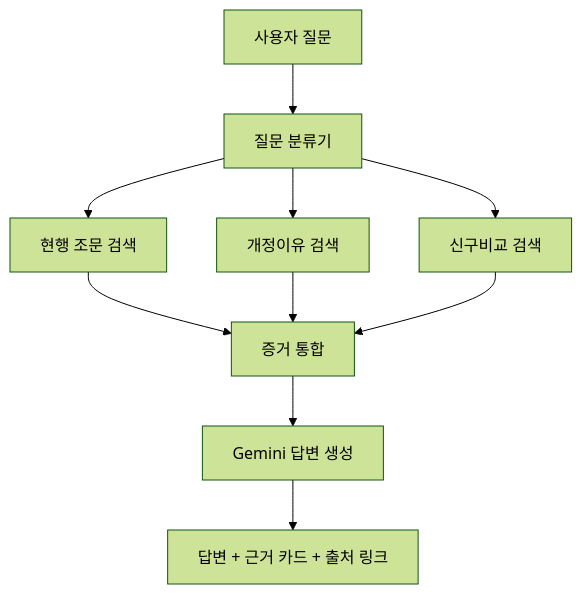
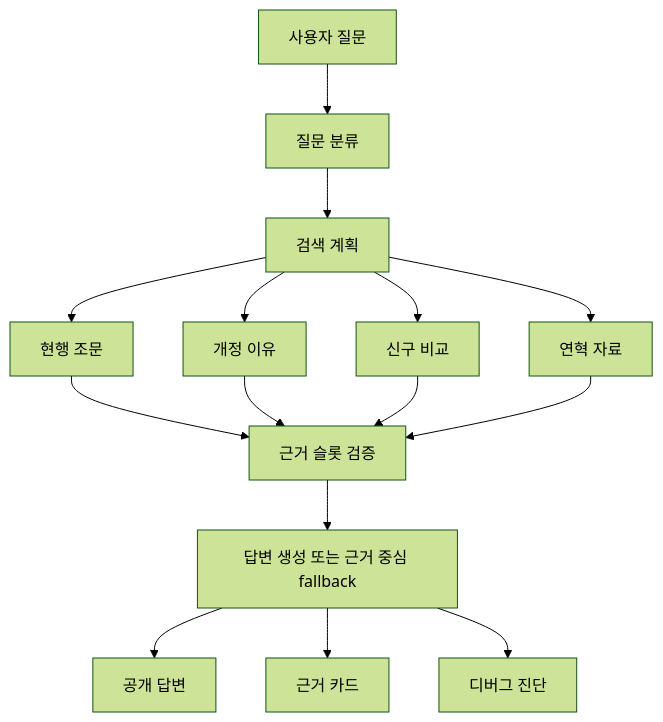
Before and after one commit to SeungMin-Park-psm1757/MVP_Military_basic_rule_finder: the diagram in docs/03_system_architecture.md, drawn with Mermaid (forest theme). The commit also changed other lines of this file and 80 other files, not shown here.

````diff
--- a/docs/03_system_architecture.md
+++ b/docs/03_system_architecture.md
@@ -13,12 +22,17 @@
 ```mermaid
 flowchart TD
-    A[사용자 질문] --> B[질문 분류기]
-    B --> C1[현행 조문 검색]
-    B --> C2[개정이유 검색]
-    B --> C3[신구비교 검색]
-    C1 --> D[증거 통합]
-    C2 --> D
-    C3 --> D
-    D --> E[Gemini 답변 생성]
-    E --> F[답변 + 근거 카드 + 출처 링크]
+    A[사용자 질문] --> B[질문 분류]
+    B --> C[검색 계획]
+    C --> D1[현행 조문]
+    C --> D2[개정 이유]
+    C --> D3[신구 비교]
+    C --> D4[연혁 자료]
+    D1 --> E[근거 슬롯 검증]
+    D2 --> E
+    D3 --> E
+    D4 --> E
+    E --> F[답변 생성 또는 근거 중심 fallback]
+    F --> G[공개 답변]
+    F --> H[근거 카드]
+    F --> I[디버그 진단]
 ```
````
